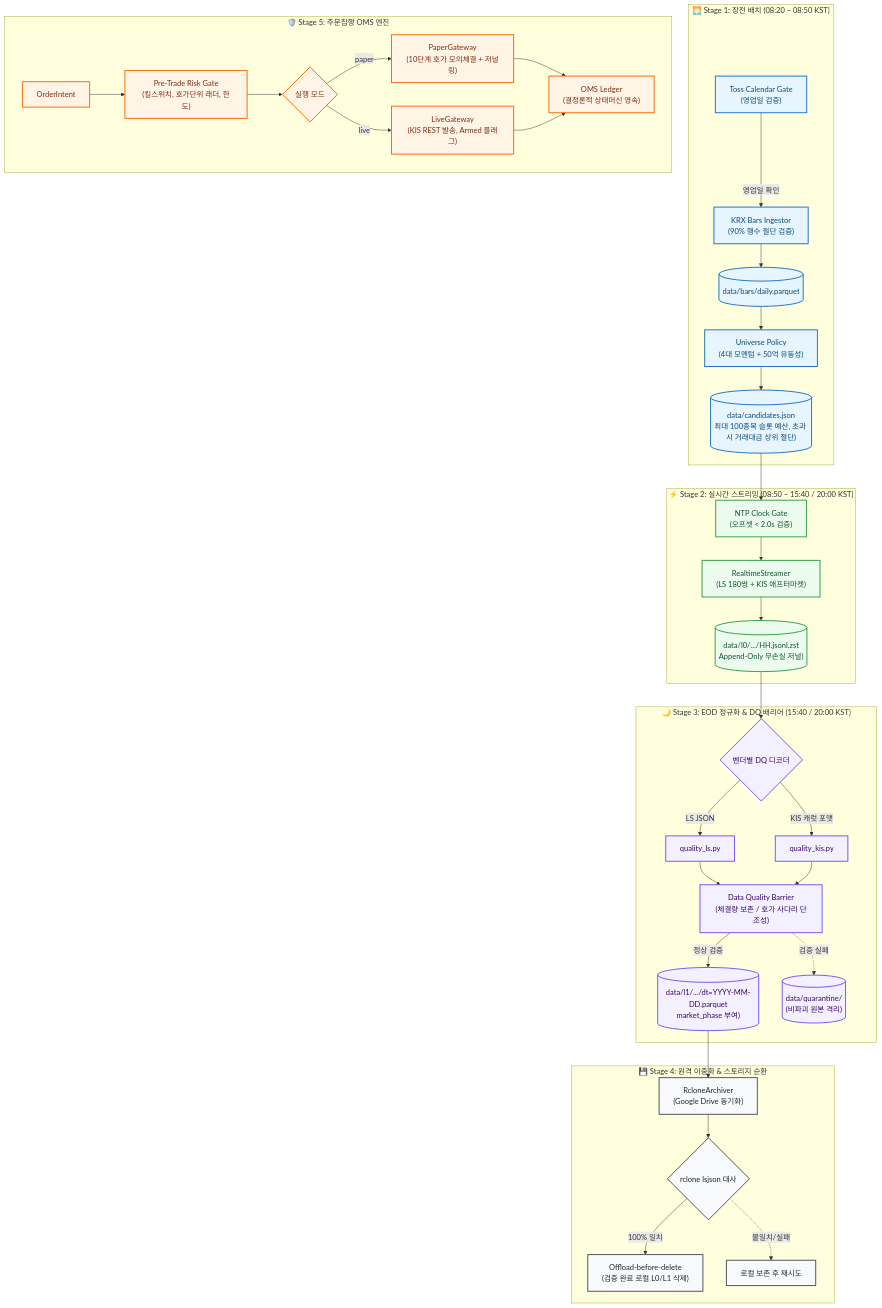
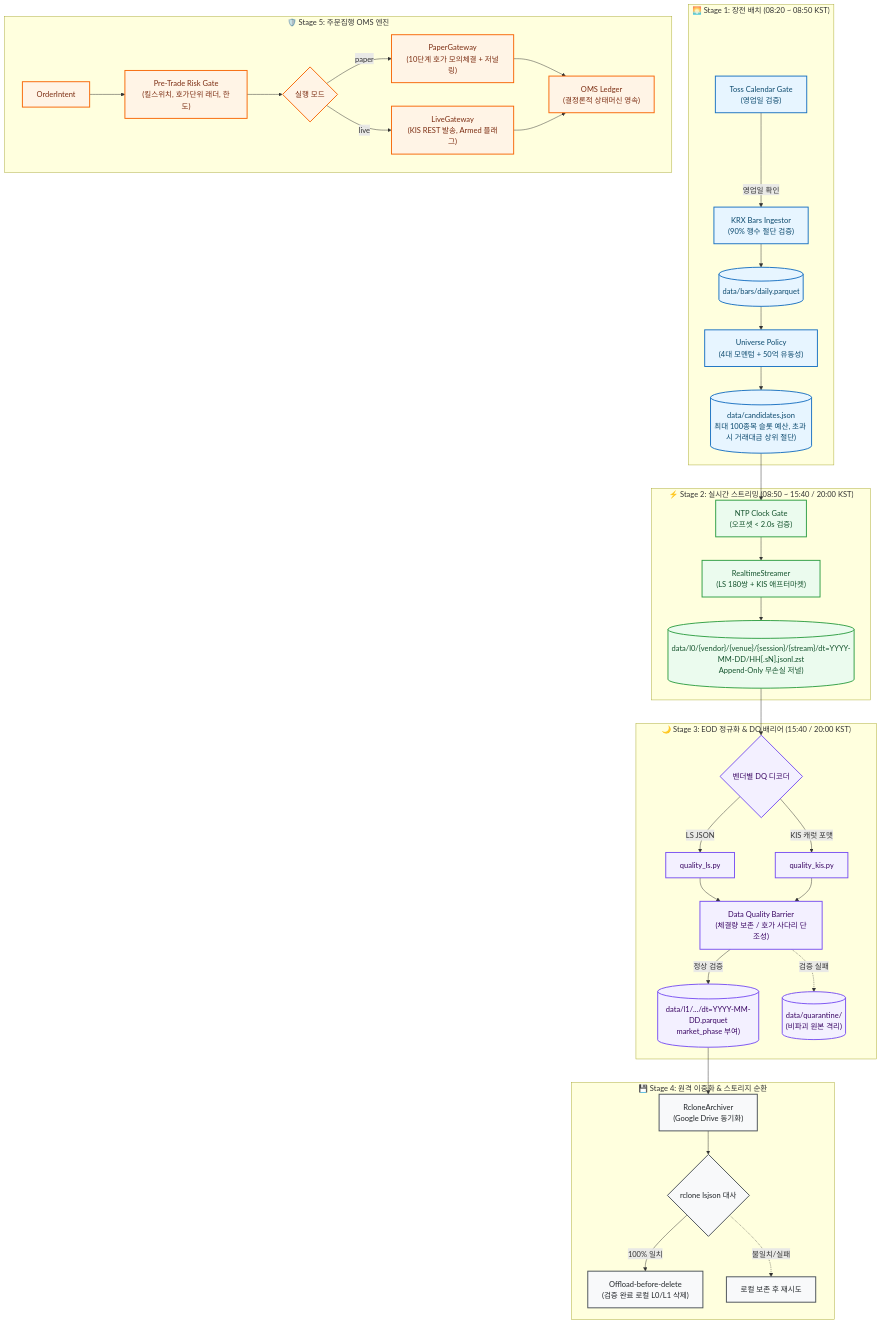
One commit to KTHYEONG/krx-alpha changed the third of 3 diagrams in docs/architecture/system-design.md. Above: the diagram before and after it, drawn with Mermaid. The commit also changed other lines of this file and 6 other files, not shown here.

````diff
--- a/docs/architecture/system-design.md
+++ b/docs/architecture/system-design.md
@@ -111,45 +111,45 @@
 ```mermaid
 flowchart TD
     classDef premarket fill:#e7f5ff,stroke:#1971c2,stroke-width:2px,color:#0c4a6e;
     classDef intraday fill:#ebfbee,stroke:#2f9e44,stroke-width:2px,color:#14532d;
     classDef eod fill:#f3f0ff,stroke:#7950f2,stroke-width:2px,color:#3b0764;
     classDef remote fill:#f8f9fa,stroke:#495057,stroke-width:2px,color:#212529;
     classDef exec fill:#fff4e6,stroke:#f76707,stroke-width:2px,color:#7c2d12;
 
     subgraph S1 ["🌅 Stage 1: 장전 배치 (08:20 ~ 08:50 KST)"]
         TOSS_CAL["Toss Calendar Gate<br/>(영업일 검증)"]:::premarket -->|영업일 확인| BARS_INGEST["KRX Bars Ingestor<br/>(90% 행수 절단 검증)"]:::premarket
         BARS_INGEST --> BARS_STORE[("data/bars/daily.parquet")]:::premarket
         BARS_STORE --> UNIV_PLAN["Universe Policy<br/>(4대 모멘텀 + 50억 유동성)"]:::premarket
         UNIV_PLAN --> CAND_IPC[("data/candidates.json<br/>최대 100종목 슬롯 예산, 초과 시 거래대금 상위 절단)")]:::premarket
     end
 
     subgraph S2 ["⚡ Stage 2: 실시간 스트리밍 (08:50 ~ 15:40 / 20:00 KST)"]
         CAND_IPC --> CLOCK_GATE["NTP Clock Gate<br/>(오프셋 < 2.0s 검증)"]:::intraday
         CLOCK_GATE --> STREAM_LOOP["RealtimeStreamer<br/>(LS 180쌍 + KIS 애프터마켓)"]:::intraday
-        STREAM_LOOP --> L0_STORE[("data/l0/.../HH.jsonl.zst<br/>Append-Only 무손실 저널)")]:::intraday
+        STREAM_LOOP --> L0_STORE[("data/l0/{vendor}/{venue}/{session}/{stream}/dt=YYYY-MM-DD/HH[.sN].jsonl.zst<br/>Append-Only 무손실 저널)")]:::intraday
     end
 
     subgraph S3 ["🌙 Stage 3: EOD 정규화 & DQ 배리어 (15:40 / 20:00 KST)"]
         L0_STORE --> DQ_DECODE{"벤더별 DQ 디코더"}:::eod
         DQ_DECODE -->|LS JSON| DQ_LS["quality_ls.py"]:::eod
         DQ_DECODE -->|KIS 캐럿 포맷| DQ_KIS["quality_kis.py"]:::eod
         DQ_LS & DQ_KIS --> DQ_BARRIER["Data Quality Barrier<br/>(체결량 보존 / 호가 사다리 단조성)"]:::eod
         DQ_BARRIER -->|정상 검증| L1_STORE[("data/l1/.../dt=YYYY-MM-DD.parquet<br/>market_phase 부여)")]:::eod
         DQ_BARRIER -.->|검증 실패| QUARANTINE[("data/quarantine/<br/>(비파괴 원본 격리)")]:::eod
     end
 
     subgraph S4 ["💾 Stage 4: 원격 이중화 & 스토리지 순환"]
         L1_STORE --> RCLONE_SYNC["RcloneArchiver<br/>(Google Drive 동기화)"]:::remote
         RCLONE_SYNC --> BYTE_CHECK{"rclone lsjson 대사"}:::remote
         BYTE_CHECK -->|100% 일치| PRUNE_ENGINE["Offload-before-delete<br/>(검증 완료 로컬 L0/L1 삭제)"]:::remote
         BYTE_CHECK -.->|불일치/실패| RETAIN_LOCAL["로컬 보존 후 재시도"]:::remote
     end
 
     subgraph S5 ["🛡️ Stage 5: 주문집행 OMS 엔진"]
         INTENT["OrderIntent"]:::exec --> RISK_GATE["Pre-Trade Risk Gate<br/>(킬스위치, 호가단위 래더, 한도)"]:::exec
         RISK_GATE --> GATE_SPLIT{"실행 모드"}:::exec
         GATE_SPLIT -->|paper| PAPER_GATE["PaperGateway<br/>(10단계 호가 모의체결 + 저널링)"]:::exec
         GATE_SPLIT -->|live| LIVE_GATE["LiveGateway<br/>(KIS REST 발송, Armed 플래그)"]:::exec
         PAPER_GATE & LIVE_GATE --> OMS_LEDGER["OMS Ledger<br/>(결정론적 상태머신 영속)"]:::exec
     end
 ```
````
